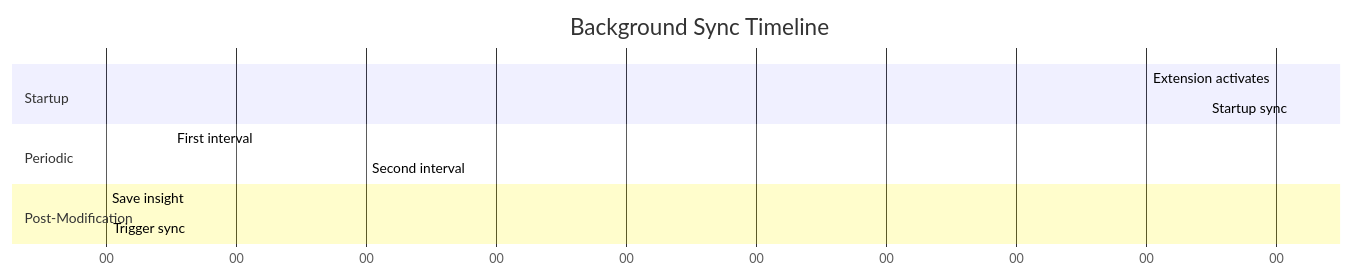
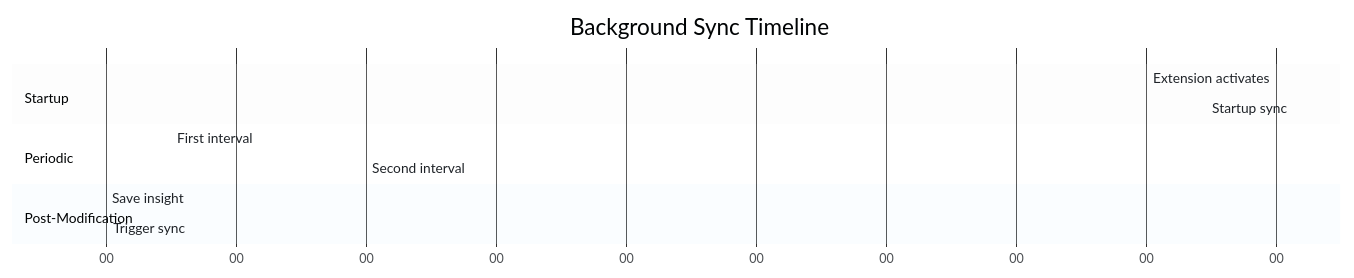
Before and after one commit to fabioc-aloha/Alex_Plug_In: the third of 7 diagrams in alex_docs/CLOUD-SYNC.md, drawn with Mermaid. The commit also changed other lines of this file and 15 other files, not shown here.

First line of the commit message:
feat: Skill architecture v1.0 + Mermaid diagram fixes

````diff
--- a/alex_docs/CLOUD-SYNC.md
+++ b/alex_docs/CLOUD-SYNC.md
@@ -115,18 +117,19 @@
 ```mermaid
+%%{init: {'theme': 'base', 'themeVariables': { 'primaryColor': '#e3f2fd', 'primaryTextColor': '#1f2328', 'primaryBorderColor': '#1565c0', 'lineColor': '#1f2328', 'sectionBkgColor': '#f5f5f5', 'taskTextColor': '#1f2328', 'taskTextOutsideColor': '#1f2328', 'taskTextLightColor': '#1f2328', 'todayLineColor': '#d32f2f', 'gridColor': '#d1d9e0' }}}%%
 gantt
     title Background Sync Timeline
     dateFormat ss
     axisFormat %S
 
     section Startup
     Extension activates : done, 0, 0
     Startup sync : 10, 13
 
     section Periodic
     First interval : 300, 303
     Second interval : 600, 603
 
     section Post-Modification
     Save insight : crit, 200, 200
     Trigger sync : 202, 205
 ```
````
